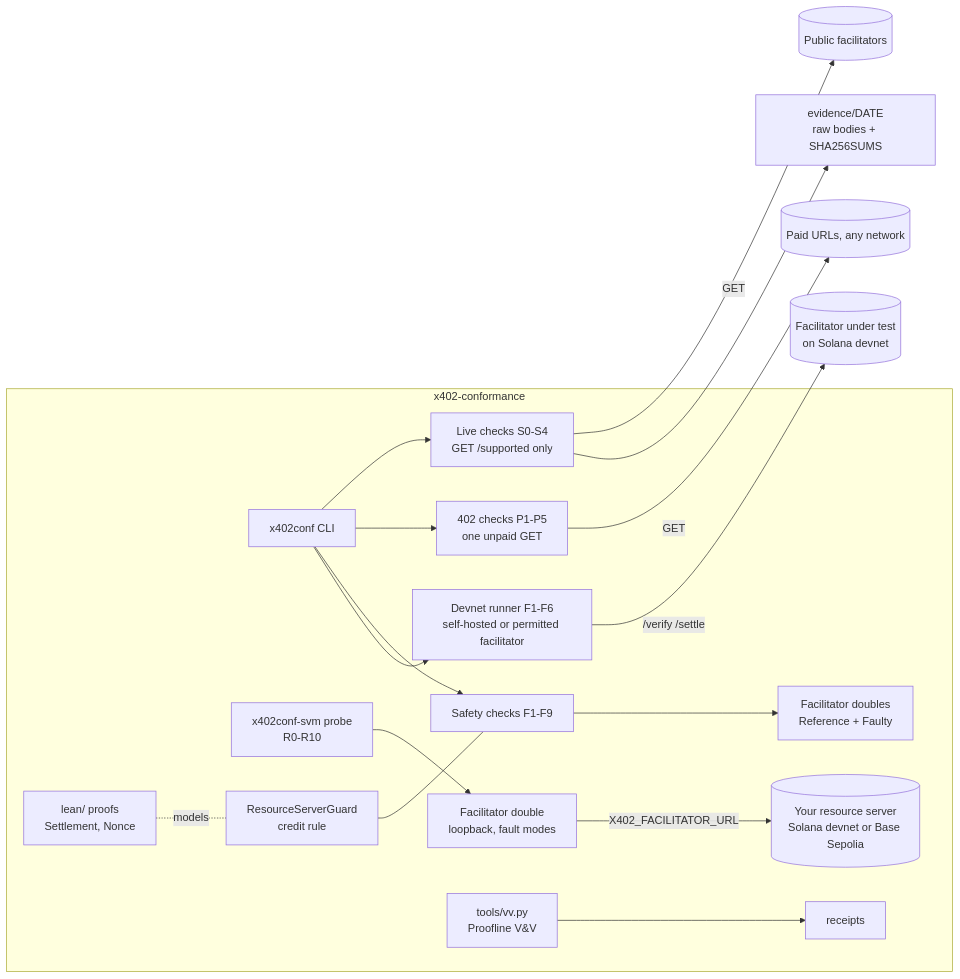
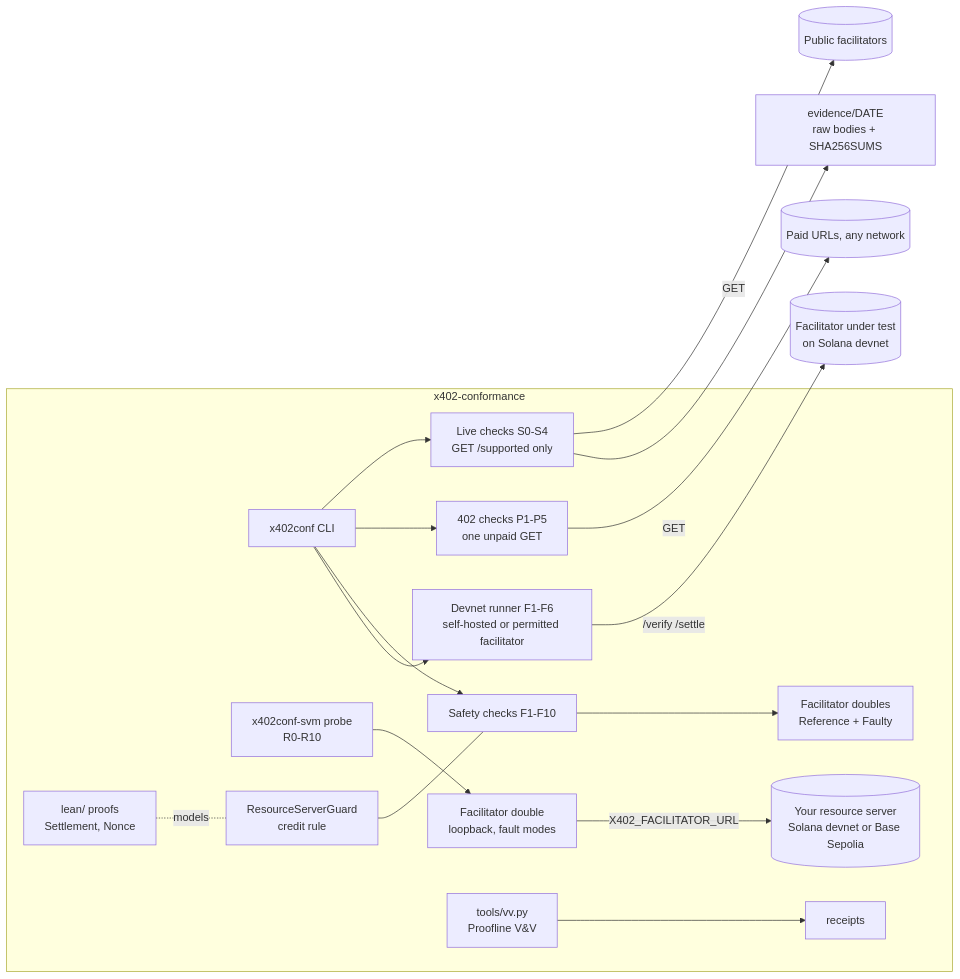
One commit to actions-marketplace-validations/atsp-protocol_x402-conformance changed the diagram in docs/ARCHITECTURE.md. Above: the diagram before and after it, drawn with Mermaid. The commit also changed 5 other files, not shown here.

First line of the commit message:
docs: roadmap for v1.4 and v1.5, binding, concurrency and delivery

````diff
--- a/docs/ARCHITECTURE.md
+++ b/docs/ARCHITECTURE.md
@@ -5,19 +5,19 @@
 ```mermaid
 flowchart LR
   subgraph suite[x402-conformance]
     CLI[x402conf CLI] --> LIVE[Live checks S0-S4<br/>GET /supported only]
     CLI --> RES[402 checks P1-P5<br/>one unpaid GET]
     PROBE[x402conf-svm probe<br/>R0-R10] --> DBL[Facilitator double<br/>loopback, fault modes]
     DBL -->|X402_FACILITATOR_URL| RS[(Your resource server<br/>Solana devnet or Base Sepolia)]
-    CLI --> OFF[Safety checks F1-F9]
+    CLI --> OFF[Safety checks F1-F10]
     OFF --> DOUBLES[Facilitator doubles<br/>Reference + Faulty]
     CLI --> DEVNET[Devnet runner F1-F6<br/>self-hosted or permitted facilitator]
     GUARD[ResourceServerGuard<br/>credit rule] --- OFF
     LEAN[lean/ proofs<br/>Settlement, Nonce] -. models .- GUARD
     VV[tools/vv.py<br/>Proofline V&V] --> RCPT[receipts]
   end
   LIVE -->|GET| PUB[(Public facilitators)]
   RES -->|GET| PAID[(Paid URLs, any network)]
   DEVNET -->|/verify /settle| OWN[(Facilitator under test<br/>on Solana devnet)]
   LIVE --> EVID[evidence/DATE<br/>raw bodies + SHA256SUMS]
 ```
````
